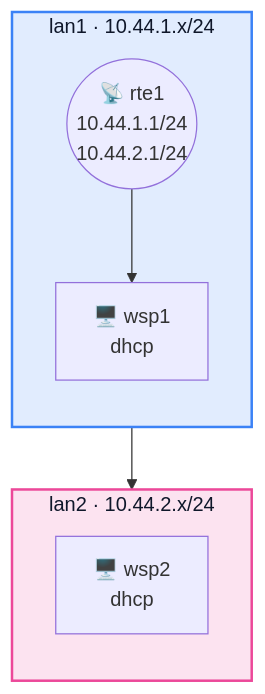
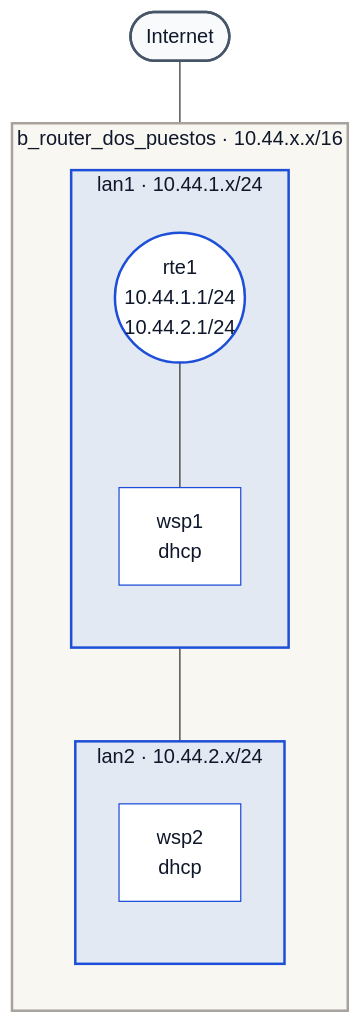
One commit to MagicJF/NetLabs changed the first of 2 diagrams in labs/b_router_dos_puestos/b_router_dos_puestos.md. Above: the diagram before and after it, drawn with Mermaid. The commit also changed other lines of this file and 4 other files, not shown here.

````diff
--- a/labs/b_router_dos_puestos/b_router_dos_puestos.md
+++ b/labs/b_router_dos_puestos/b_router_dos_puestos.md
@@ -13,18 +13,31 @@
 ```mermaid
 flowchart TB
-    classDef red0 fill:#3b82f6,fill-opacity:0.15,stroke:#3b82f6,stroke-width:2px,color:#0f172a
-    classDef red1 fill:#ec4899,fill-opacity:0.15,stroke:#ec4899,stroke-width:2px,color:#0f172a
-    subgraph red0["lan1 · 10.44.1.x/24"]
+    classDef contorno fill:#f5f0e6,fill-opacity:0.55,stroke:#a8a29e,stroke-width:2px,color:#0f172a
+    classDef red fill:#3b82f6,fill-opacity:0.12,stroke:#1d4ed8,stroke-width:2px,color:#0f172a
+    classDef equipo fill:#ffffff,stroke:#1d4ed8,stroke-width:1px,color:#0f172a
+    classDef puerta fill:#ffffff,stroke:#1d4ed8,stroke-width:2px,color:#0f172a
+    classDef internet fill:#f8fafc,stroke:#475569,stroke-width:2px,color:#0f172a
+    internet(["Internet"])
+    class internet internet
+    subgraph contorno["b_router_dos_puestos · 10.44.x.x/16"]
         direction TB
-        n_rte1(("📡 rte1<br/>10.44.1.1/24<br/>10.44.2.1/24"))
-        n_wsp1["🖥️ wsp1<br/>dhcp"]
+        subgraph red0["lan1 · 10.44.1.x/24"]
+            direction TB
+            n_rte1(("rte1<br/>10.44.1.1/24<br/>10.44.2.1/24"))
+            class n_rte1 puerta
+            n_wsp1["wsp1<br/>dhcp"]
+            class n_wsp1 equipo
+        end
+        class red0 red
+        subgraph red1["lan2 · 10.44.2.x/24"]
+            direction TB
+            n_wsp2["wsp2<br/>dhcp"]
+            class n_wsp2 equipo
+        end
+        class red1 red
     end
-    class red0 red0
-    subgraph red1["lan2 · 10.44.2.x/24"]
-        direction TB
-        n_wsp2["🖥️ wsp2<br/>dhcp"]
-    end
-    class red1 red1
-    n_rte1 --> n_wsp1
-    n_rte1 --> n_wsp2
+    class contorno contorno
+    internet --- n_rte1
+    n_rte1 --- n_wsp1
+    n_rte1 --- n_wsp2
 ```
````
